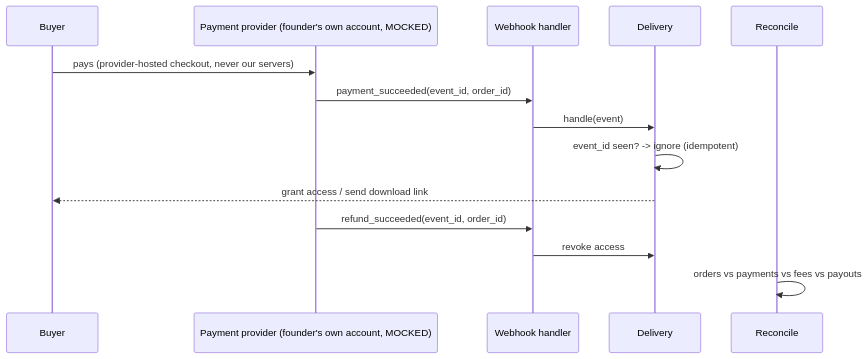
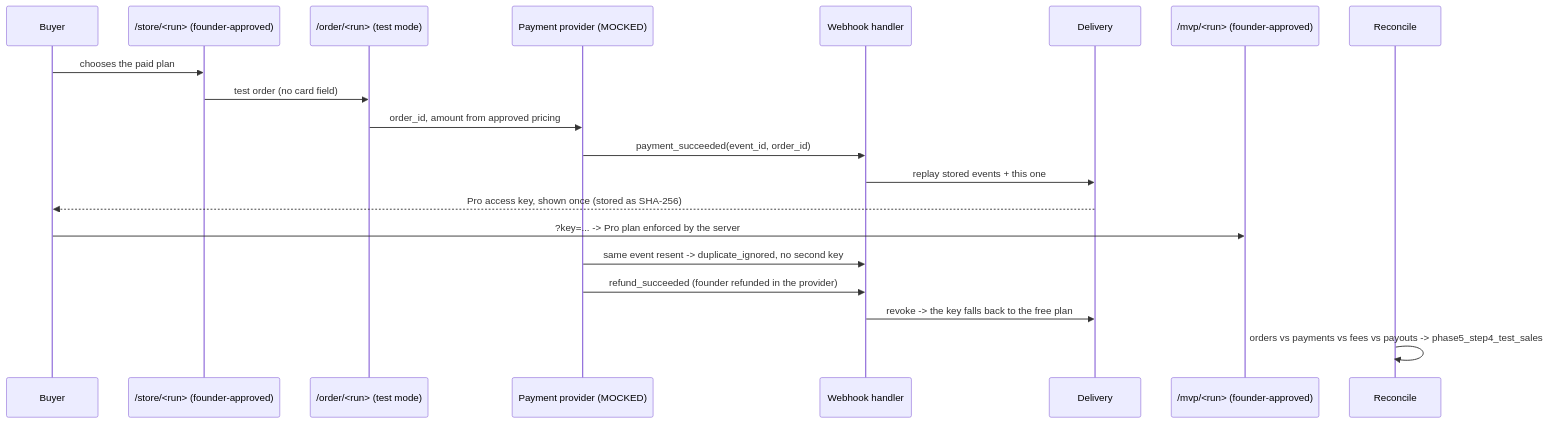
Before and after one commit to Elgahmy1/founder-agents: the ninth of 9 diagrams in ARCHITECTURE.md, drawn with Mermaid. The commit also changed other lines of this file and 8 other files, not shown here.

First line of the commit message:
Phase 5: sell the real MVP app in test mode (order, webhook, access key, refund revokes, reconciliation)

````diff
--- a/ARCHITECTURE.md
+++ b/ARCHITECTURE.md
@@ -266,16 +267,22 @@
 ```mermaid
 sequenceDiagram
     participant Buyer
-    participant Provider as Payment provider (founder's own account, MOCKED)
+    participant Store as /store/<run> (founder-approved)
+    participant Order as /order/<run> (test mode)
+    participant Provider as Payment provider (MOCKED)
     participant Hook as Webhook handler
     participant Del as Delivery
+    participant App as /mvp/<run> (founder-approved)
     participant Rec as Reconcile
-    Buyer->>Provider: pays (provider-hosted checkout, never our servers)
+    Buyer->>Store: chooses the paid plan
+    Store->>Order: test order (no card field)
+    Order->>Provider: order_id, amount from approved pricing
     Provider->>Hook: payment_succeeded(event_id, order_id)
-    Hook->>Del: handle(event)
-    Del->>Del: event_id seen? -> ignore (idempotent)
-    Del-->>Buyer: grant access / send download link
-    Provider->>Hook: refund_succeeded(event_id, order_id)
-    Hook->>Del: revoke access
-    Rec->>Rec: orders vs payments vs fees vs payouts
+    Hook->>Del: replay stored events + this one
+    Del-->>Buyer: Pro access key, shown once (stored as SHA-256)
+    Buyer->>App: ?key=... -> Pro plan enforced by the server
+    Provider->>Hook: same event resent -> duplicate_ignored, no second key
+    Provider->>Hook: refund_succeeded (founder refunded in the provider)
+    Hook->>Del: revoke -> the key falls back to the free plan
+    Rec->>Rec: orders vs payments vs fees vs payouts -> phase5_step4_test_sales
 ```
````
